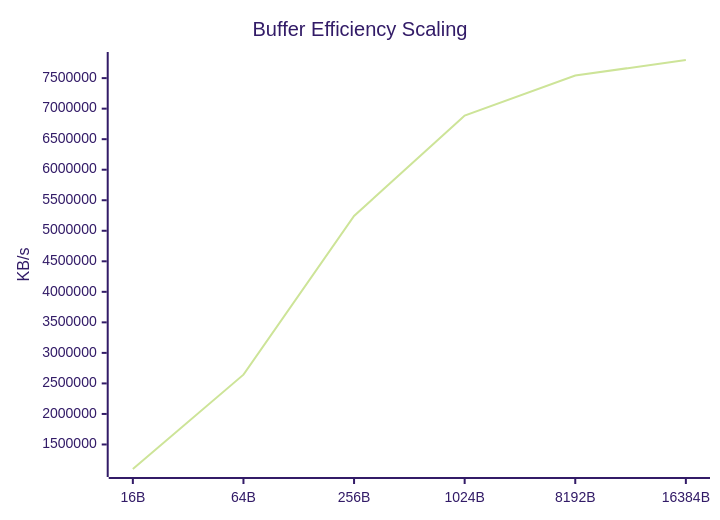
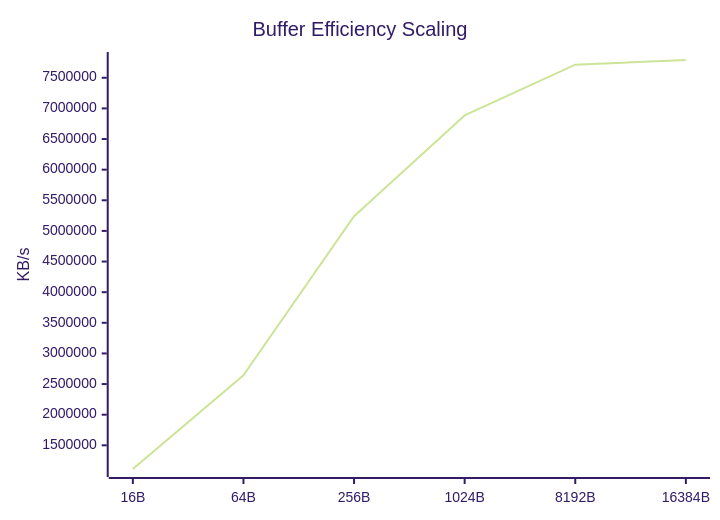
Before and after one commit to taha2samy/openssl_fips: the eighth of 9 diagrams in docs/Comparison_Report.md, drawn with Mermaid (forest theme). The commit also changed other lines of this file and 3 other files, not shown here.

````diff
--- a/docs/Comparison_Report.md
+++ b/docs/Comparison_Report.md
@@ -118,7 +118,7 @@
 ```mermaid
 xychart-beta
     title "Buffer Efficiency Scaling"
     x-axis [16B, 64B, 256B, 1024B, 8192B, 16384B]
     y-axis "KB/s"
-    line [1098341.96, 2643441.89, 5242122.75, 6885884.93, 7542624.26, 7796793.34]
+    line [1113420.1, 2644448.42, 5239062.78, 6884785.15, 7713525.76, 7790084.1]
 ```
````
